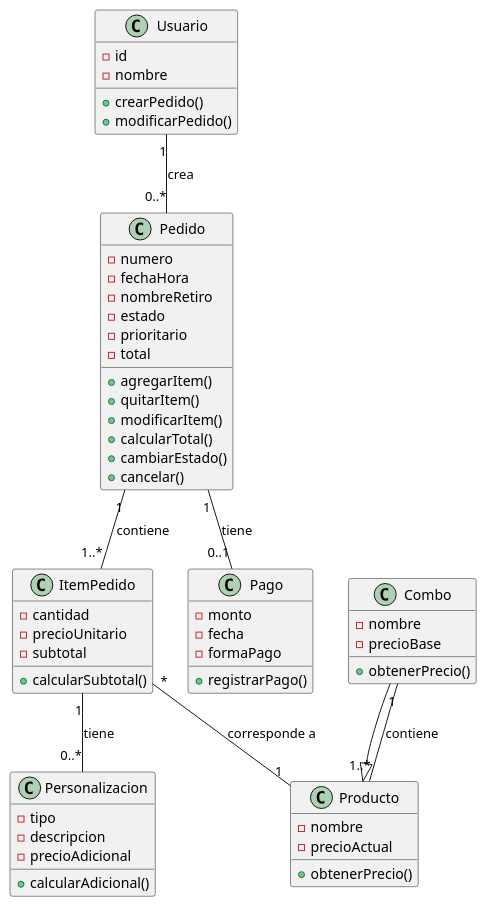
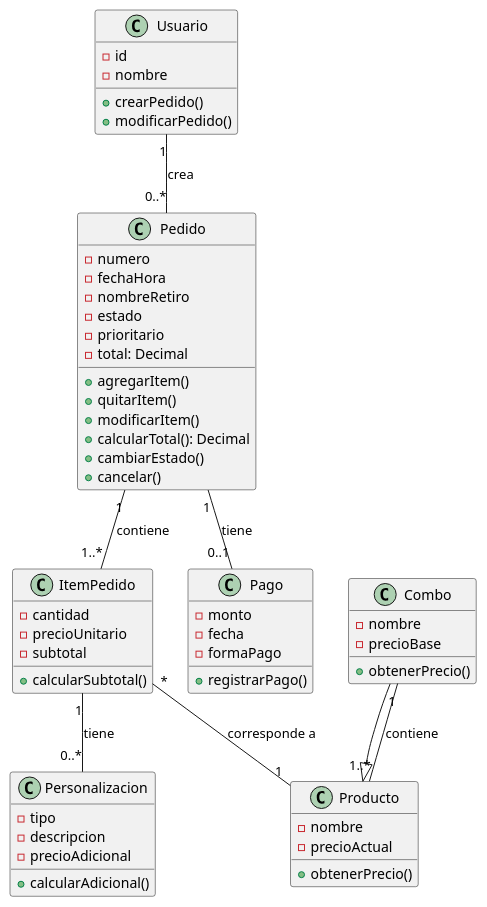
One commit to cmariano93-netizen/SistemaPedidos changed the diagram in diagramas/boceto_inicial_clases.puml. Above: the diagram before and after it, drawn with PlantUML. The commit also changed 1 other file, not shown here.

Commit message:
fix: agregar tipos de dato explícitos a atributo total y registrar correcciones en changelog

```diff
--- a/diagramas/boceto_inicial_clases.puml
+++ b/diagramas/boceto_inicial_clases.puml
@@ -1,66 +1,66 @@
 @startuml
 
 class Usuario {
   - id
   - nombre
   + crearPedido()
   + modificarPedido()
 }
 
 class Pedido {
   - numero
   - fechaHora
   - nombreRetiro
   - estado
   - prioritario
-  - total
+  - total: Decimal
   + agregarItem()
   + quitarItem()
   + modificarItem()
-  + calcularTotal()
+  + calcularTotal(): Decimal
   + cambiarEstado()
   + cancelar()
 }
 
 class ItemPedido {
   - cantidad
   - precioUnitario
   - subtotal
   + calcularSubtotal()
 }
 
 class Producto {
   - nombre
   - precioActual
   + obtenerPrecio()
 }
 
 class Combo {
   - nombre
   - precioBase
   + obtenerPrecio()
 }
 
 class Personalizacion {
   - tipo
   - descripcion
   - precioAdicional
   + calcularAdicional()
 }
 
 class Pago {
   - monto
   - fecha
   - formaPago
   + registrarPago()
 }
 
 Usuario "1" -- "0..*" Pedido : crea
 Pedido "1" -- "1..*" ItemPedido : contiene
 ItemPedido "*" -- "1" Producto : corresponde a
 ItemPedido "1" -- "0..*" Personalizacion : tiene
 Pedido "1" -- "0..1" Pago : tiene
 Combo --|> Producto
 Combo "1" -- "1..*" Producto : contiene
 
 @enduml
```
